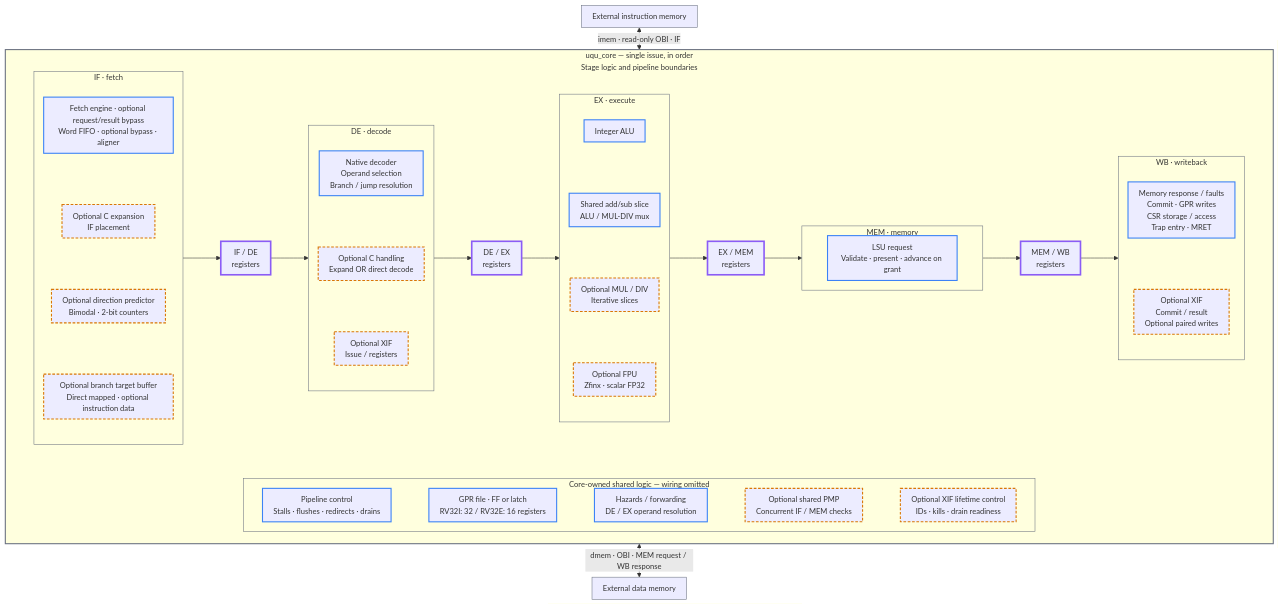
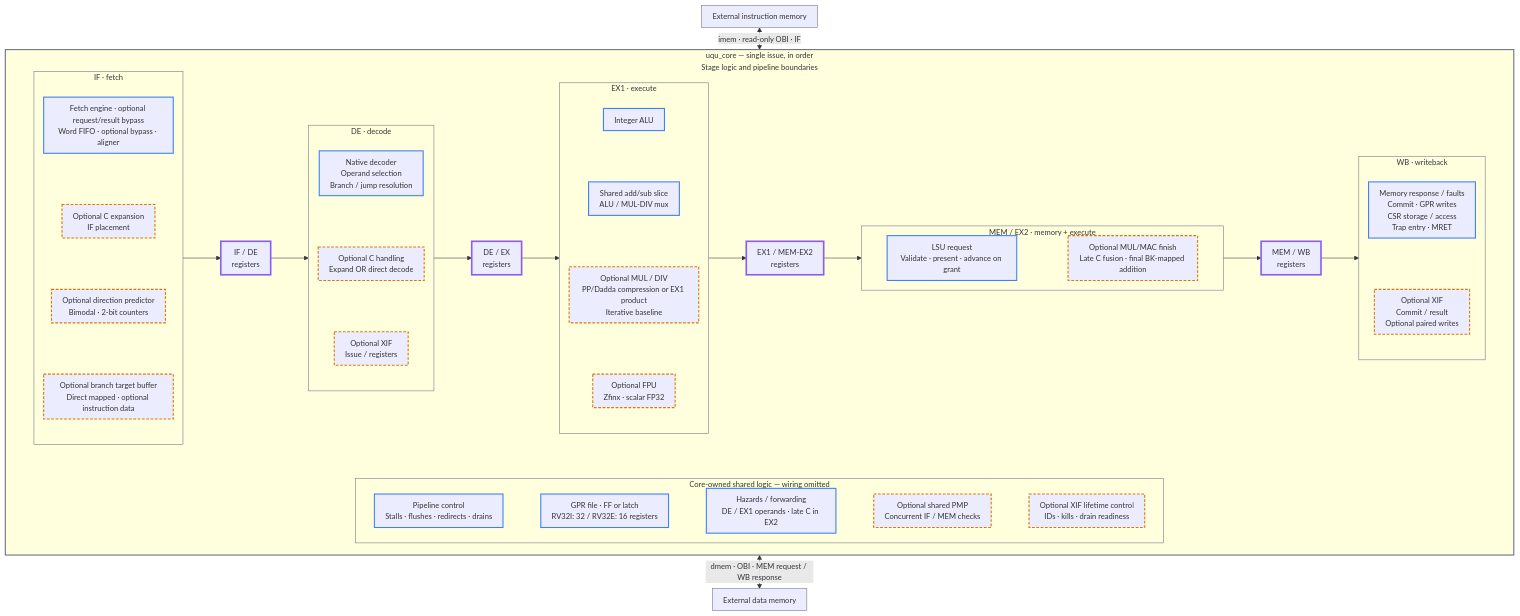
The first of 2 diagrams in README.md (JoGei/uquintus), drawn with Mermaid before and after one commit. The commit also changed other lines of this file and 107 other files, not shown here.

```diff
--- a/README.md
+++ b/README.md
@@ -47,17 +47,19 @@
                 DECODE ~~~ C_DE ~~~ ISSUE
             end
             DE_EX["DE / EX<br/>registers"]
-            subgraph EX["EX · execute"]
+            subgraph EX["EX1 · execute"]
                 direction TB
                 ALU["Integer ALU"]
                 ARITH["Shared add/sub slice<br/>ALU / MUL-DIV mux"]
-                MULDIV["Optional MUL / DIV<br/>Iterative slices"]
+                MULDIV["Optional MUL / DIV<br/>PP/Dadda compression or EX1 product<br/>Iterative baseline"]
                 FPU["Optional FPU<br/>Zfinx · scalar FP32"]
                 ALU ~~~ ARITH ~~~ MULDIV ~~~ FPU
             end
-            EX_MEM["EX / MEM<br/>registers"]
-            subgraph MEM["MEM · memory"]
+            EX_MEM["EX1 / MEM-EX2<br/>registers"]
+            subgraph MEM["MEM / EX2 · memory + execute"]
                 LSU["LSU request<br/>Validate · present · advance on grant"]
+                MUL_FINISH["Optional MUL/MAC finish<br/>Late C fusion · final BK-mapped addition"]
+                LSU ~~~ MUL_FINISH
             end
             MEM_WB["MEM / WB<br/>registers"]
             subgraph WB["WB · writeback"]
@@ -76,7 +78,7 @@
             direction LR
             CTRL["Pipeline control<br/>Stalls · flushes · redirects · drains"]
             GPR["GPR file · FF or latch<br/>RV32I: 32 / RV32E: 16 registers"]
-            HAZARD["Hazards / forwarding<br/>DE / EX operand resolution"]
+            HAZARD["Hazards / forwarding<br/>DE / EX1 operands · late C in EX2"]
             PMP["Optional shared PMP<br/>Concurrent IF / MEM checks"]
             XIF["Optional XIF lifetime control<br/>IDs · kills · drain readiness"]
             CTRL ~~~ GPR ~~~ HAZARD ~~~ PMP ~~~ XIF
@@ -91,7 +93,7 @@
     classDef boundary stroke:#8b5cf6,stroke-width:3px
     classDef external stroke:#6b7280
     class FETCH,DECODE,ALU,ARITH,LSU,COMMIT,CTRL,GPR,HAZARD base
-    class C_IF,C_DE,BP,BTB,ISSUE,MULDIV,FPU,RESULT,PMP,XIF optional
+    class C_IF,C_DE,BP,BTB,ISSUE,MULDIV,FPU,MUL_FINISH,RESULT,PMP,XIF optional
     class IF_DE,DE_EX,EX_MEM,MEM_WB boundary
     class IMEM,DMEM external
     style CORE stroke:#6b7280,stroke-width:2px
```
